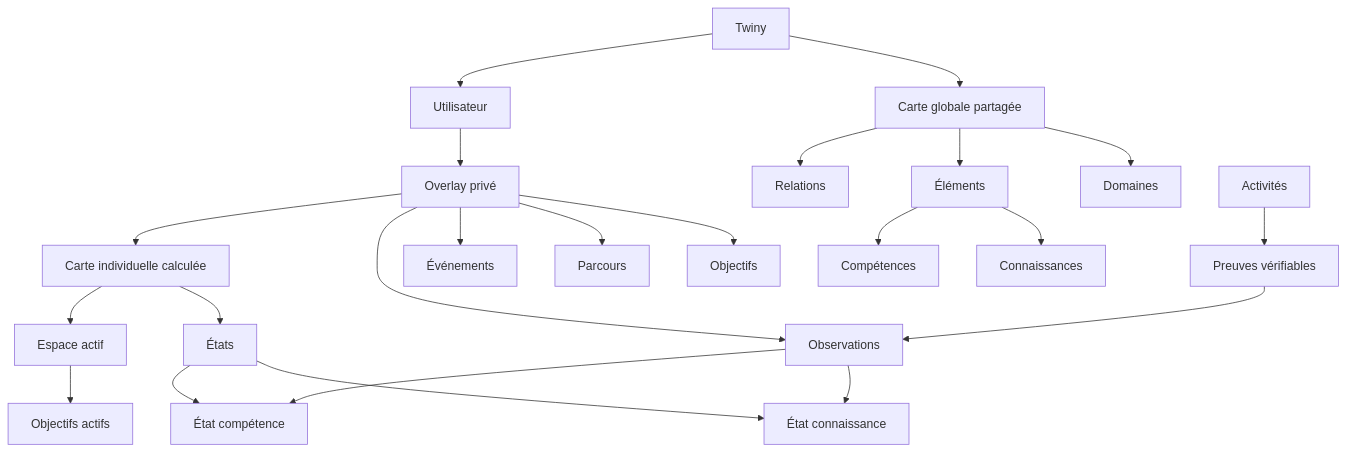
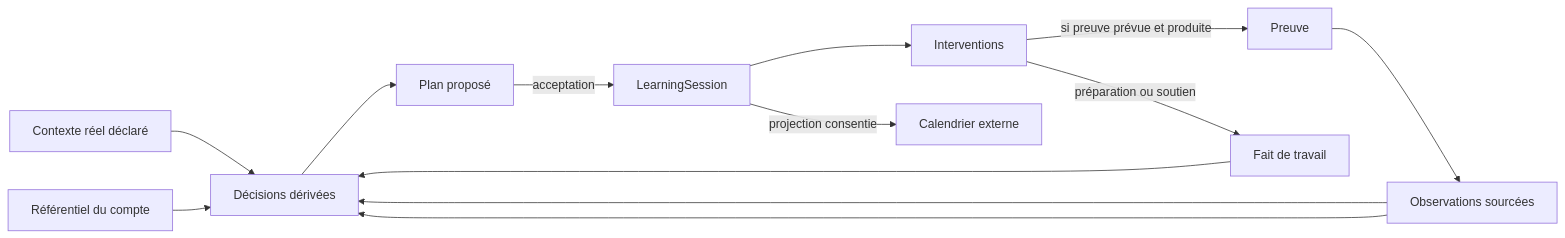
Before and after one commit to maxp45160-pixel/systeme-pedagogique: the diagram in docs/architecture/TWINY_MODEL.md, drawn with Mermaid. The commit also changed other lines of this file and 17 other files, not shown here.

````diff
--- a/docs/architecture/TWINY_MODEL.md
+++ b/docs/architecture/TWINY_MODEL.md
@@ -26,30 +18,15 @@
 ```mermaid
-flowchart TB
-    T[Twiny]
-
-    T --> G[Carte globale partagée]
-    T --> U[Utilisateur]
-
-    G --> D[Domaines]
-    G --> E[Éléments]
-    E --> K[Connaissances]
-    E --> C[Compétences]
-    G --> R[Relations]
-
-    U --> OV[Overlay privé]
-    OV --> O[Objectifs]
-    OV --> PA[Parcours]
-    OV --> EV[Événements]
-    OV --> OB[Observations]
-    OV --> CI[Carte individuelle calculée]
-
-    CI --> ET[États]
-    CI --> EA[Espace actif]
-    ET --> EK[État connaissance]
-    ET --> EC[État compétence]
-    OB --> EK
-    OB --> EC
-    AC[Activités] --> PR[Preuves vérifiables]
-    PR --> OB
-    EA --> OA[Objectifs actifs]
+flowchart LR
+    C[Contexte réel déclaré] --> D[Décisions dérivées]
+    R[Référentiel du compte] --> D
+    O[Observations sourcées] --> D
+    D --> P[Plan proposé]
+    P -->|acceptation| S[LearningSession]
+    S --> I[Interventions]
+    I -->|si preuve prévue et produite| PR[Preuve]
+    PR --> O
+    I -->|préparation ou soutien| F[Fait de travail]
+    S -->|projection consentie| CAL[Calendrier externe]
+    O --> D
+    F --> D
 ```
````
